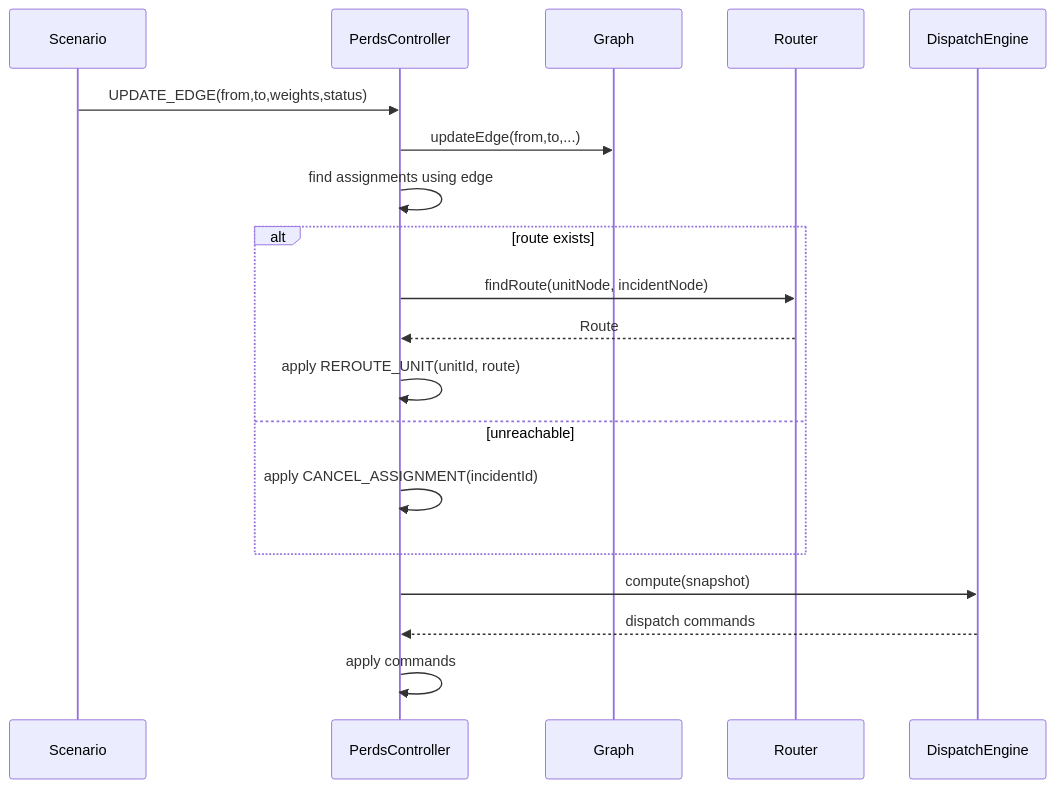
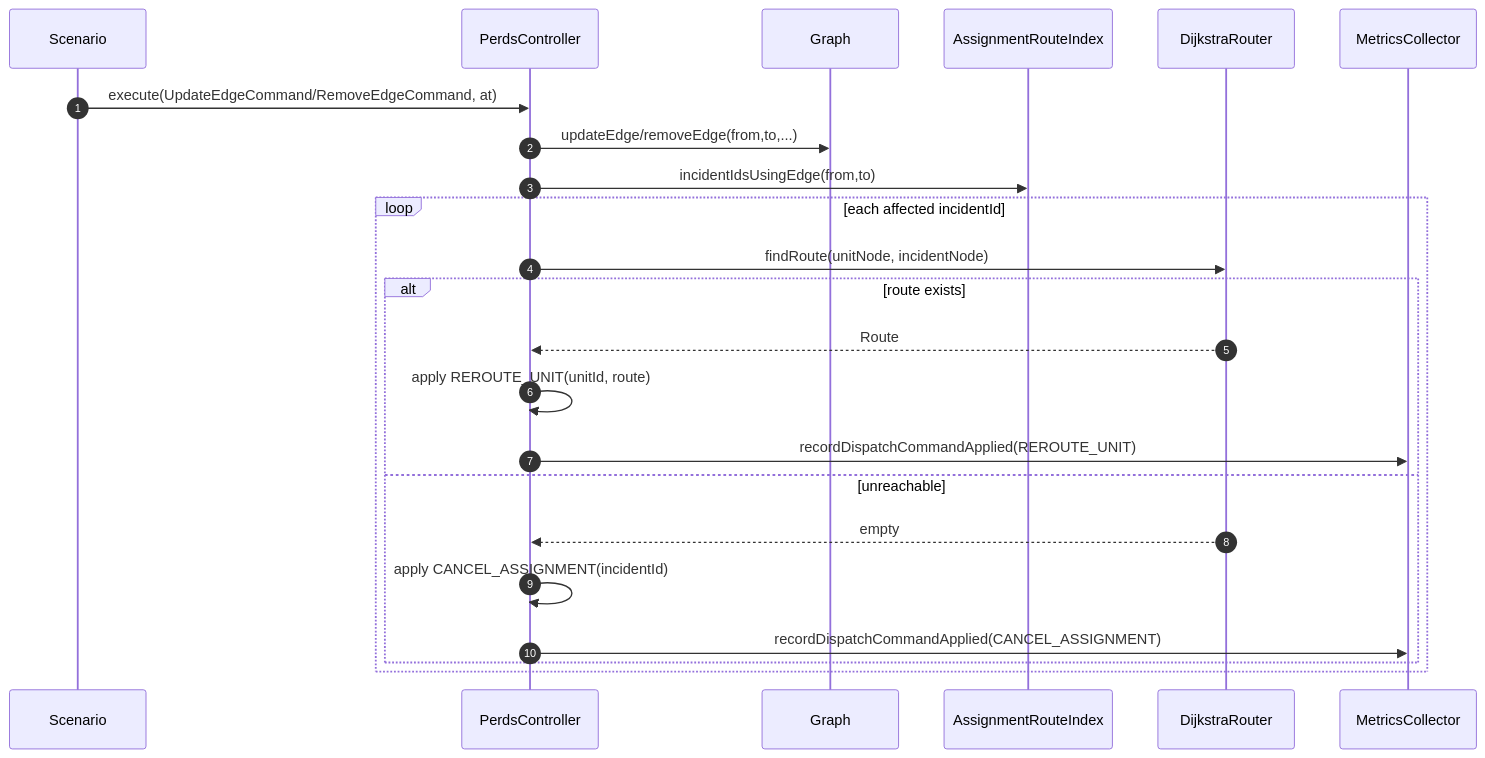
Before and after one commit to umar-i/cps5001: the fourth of 6 diagrams in docs/diagrams/README.md, drawn with Mermaid. The commit also changed other lines of this file and 4 other files, not shown here.

First line of the commit message:
docs: add current rendered diagrams

````diff
--- a/docs/diagrams/README.md
+++ b/docs/diagrams/README.md
@@ -149,24 +229,27 @@
 ```mermaid
 sequenceDiagram
+    autonumber
     participant Scenario
-    participant Controller as PerdsController
-    participant Graph
-    participant Router
-    participant Dispatch as DispatchEngine
+    participant Ctrl as PerdsController
+    participant G as Graph
+    participant Index as AssignmentRouteIndex
+    participant Router as DijkstraRouter
+    participant Metrics as MetricsCollector
 
-    Scenario->>Controller: UPDATE_EDGE(from,to,weights,status)
-    Controller->>Graph: updateEdge(from,to,...)
-    Controller->>Controller: find assignments using edge
+    Scenario->>Ctrl: execute(UpdateEdgeCommand/RemoveEdgeCommand, at)
+    Ctrl->>G: updateEdge/removeEdge(from,to,...)
+    Ctrl->>Index: incidentIdsUsingEdge(from,to)
 
-    alt route exists
-        Controller->>Router: findRoute(unitNode, incidentNode)
-        Router-->>Controller: Route
-        Controller->>Controller: apply REROUTE_UNIT(unitId, route)
-    else unreachable
-        Controller->>Controller: apply CANCEL_ASSIGNMENT(incidentId)
+    loop each affected incidentId
+        Ctrl->>Router: findRoute(unitNode, incidentNode)
+        alt route exists
+            Router-->>Ctrl: Route
+            Ctrl->>Ctrl: apply REROUTE_UNIT(unitId, route)
+            Ctrl->>Metrics: recordDispatchCommandApplied(REROUTE_UNIT)
+        else unreachable
+            Router-->>Ctrl: empty
+            Ctrl->>Ctrl: apply CANCEL_ASSIGNMENT(incidentId)
+            Ctrl->>Metrics: recordDispatchCommandApplied(CANCEL_ASSIGNMENT)
+        end
     end
-
-    Controller->>Dispatch: compute(snapshot)
-    Dispatch-->>Controller: dispatch commands
-    Controller->>Controller: apply commands
 ```
````
